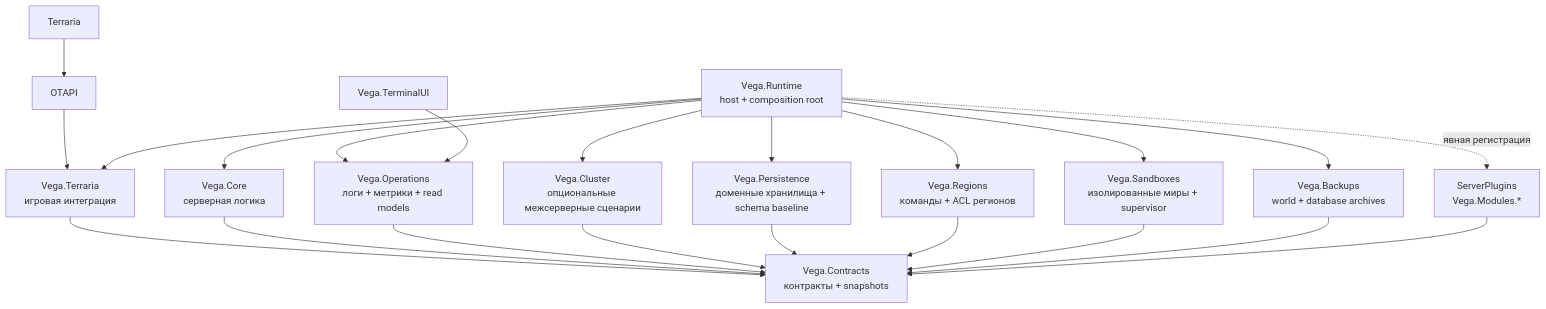
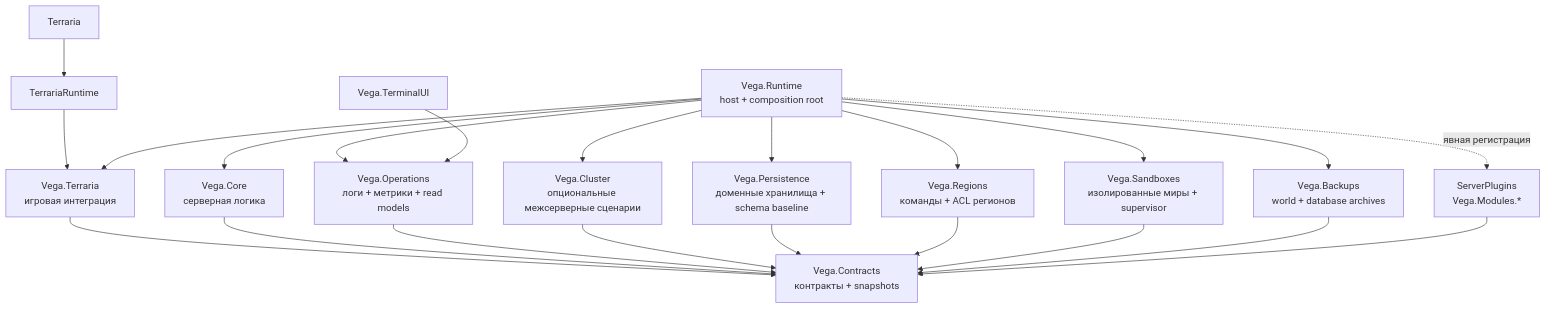
Before and after one commit to VegaKernel/Vega: the diagram in README.md, drawn with Mermaid. The commit also changed other lines of this file and 47 other files, not shown here.

Commit message:
Migrate Vega to TerrariaRuntime 1.0.0

````diff
--- a/README.md
+++ b/README.md
@@ -17,27 +17,27 @@
 ```mermaid
 flowchart TB
-    Terraria["Terraria"] --> OTAPI["OTAPI"]
-    OTAPI --> TerrariaAdapter["Vega.Terraria<br/>игровая интеграция"]
+    Terraria["Terraria"] --> TerrariaRuntime["TerrariaRuntime"]
+    TerrariaRuntime --> TerrariaAdapter["Vega.Terraria<br/>игровая интеграция"]
 
     Runtime["Vega.Runtime<br/>host + composition root"] --> TerrariaAdapter
     Runtime --> Core["Vega.Core<br/>серверная логика"]
     Runtime --> Operations["Vega.Operations<br/>логи + метрики + read models"]
     Runtime --> Cluster["Vega.Cluster<br/>опциональные межсерверные сценарии"]
     Runtime --> Persistence["Vega.Persistence<br/>доменные хранилища + schema baseline"]
     Runtime --> Regions["Vega.Regions<br/>команды + ACL регионов"]
     Runtime --> Sandboxes["Vega.Sandboxes<br/>изолированные миры + supervisor"]
     Runtime --> Backups["Vega.Backups<br/>world + database archives"]
     Runtime -. "явная регистрация" .-> Modules["ServerPlugins<br/>Vega.Modules.*"]
 
     TerrariaAdapter --> Contracts["Vega.Contracts<br/>контракты + snapshots"]
     Core --> Contracts
     Operations --> Contracts
     Cluster --> Contracts
     Persistence --> Contracts
     Regions --> Contracts
     Sandboxes --> Contracts
     Backups --> Contracts
     Modules --> Contracts
 
     TerminalUI["Vega.TerminalUI"] --> Operations
 ```
````
